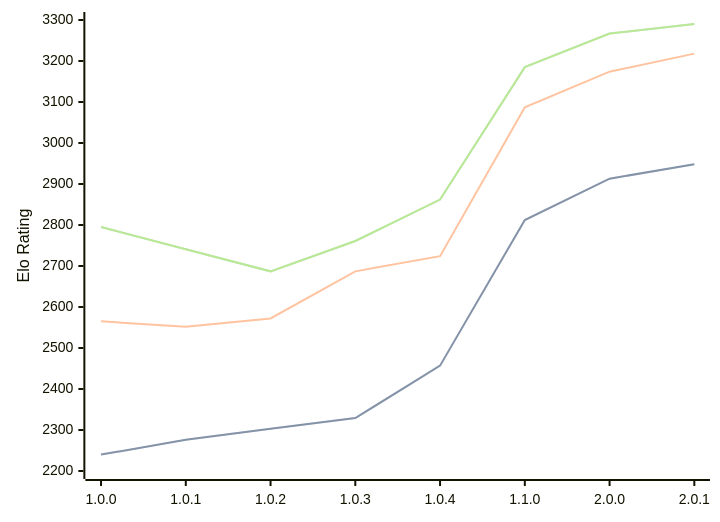
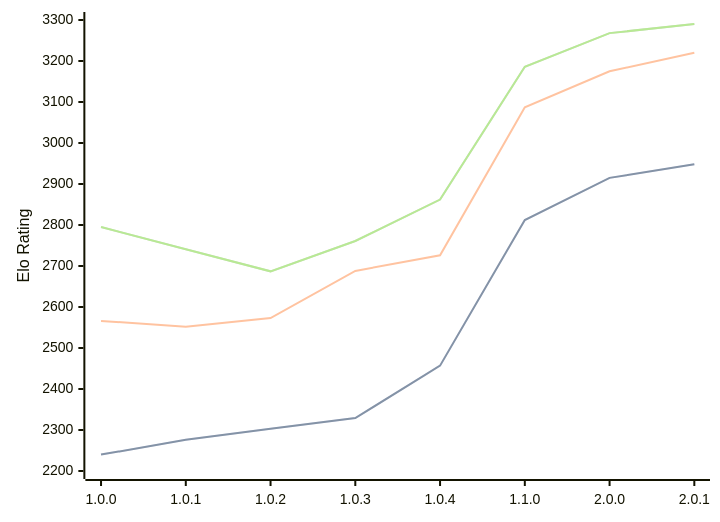
The diagram in engines/Grail.md (computer-chess-index/cci), drawn with Mermaid before and after one commit. The commit also changed other lines of this file, not shown here.

Commit message:
Update CCI Ratings (ELO VLTC) - 2026-10-08

````diff
--- a/engines/Grail.md
+++ b/engines/Grail.md
@@ -38,11 +38,11 @@
 ```mermaid
 %%{init: {"theme":"base","themeVariables":{"seriesColors:['#a3a3a3','#222221','#faa371']}}}%%
 xychart-beta
   x-axis ["1.0.0", "1.0.1", "1.0.2", "1.0.3", "1.0.4", "1.1.0", "2.0.0", "2.0.1"]
   y-axis "Elo Rating" 2200 --> 3300
-  line "" [2240, 2276, 2303, 2329, 2457, 2812, 2913, 2948]
-  line "STC (8.0+0.08s)" [2240, 2276, 2303, 2329, 2457, 2812, 2913, 2948]
-  line "LTC (60.0+0.60s)" [2565, 2552, 2572, 2687, 2724, 3087, 3174, 3218]
-  line "" [2795, 2741, 2687, 2761, 2862, 3185, 3267, 3290]
-  line "VLTC (2m24s+1.12s)" [2795, 2741, 2687, 2761, 2862, 3185, 3267, 3290]
+  line "" [2240, 2276, 2303, 2329, 2457, 2812, 2915, 2948]
+  line "STC (8.0+0.08s)" [2240, 2276, 2303, 2329, 2457, 2812, 2915, 2948]
+  line "LTC (60.0+0.60s)" [2566, 2552, 2573, 2688, 2726, 3087, 3175, 3220]
+  line "" [2795, 2741, 2687, 2761, 2862, 3186, 3268, 3290]
+  line "VLTC (2m24s+1.12s)" [2795, 2741, 2687, 2761, 2862, 3186, 3268, 3290]
 ```
````
